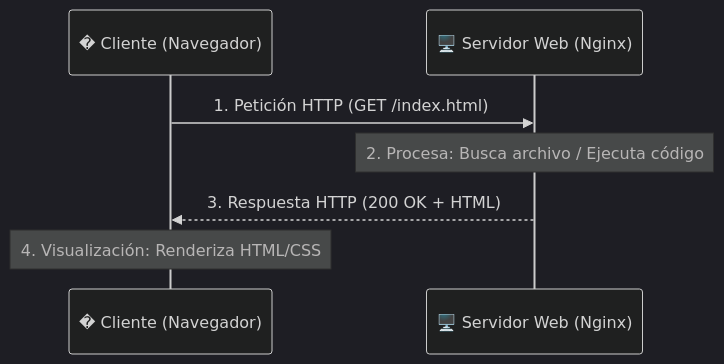
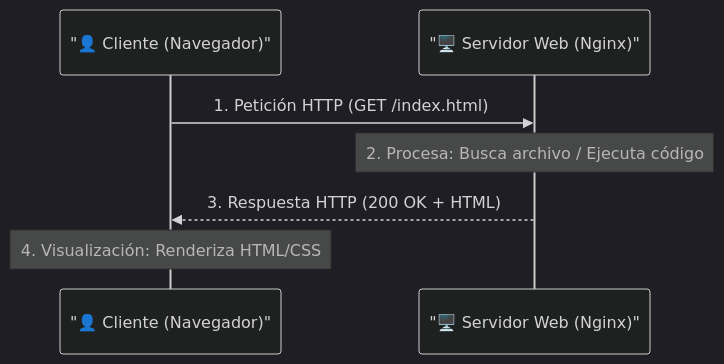
One commit to Pabloceda/Flipped_Classroom changed the first of 5 diagrams in material_aula_invertida/Apuntes_Teoría/01_Fundamentos_Web.md. Above: the diagram before and after it, drawn with Mermaid (dark theme). The commit also changed other lines of this file and 2 other files, not shown here.

Commit message:
arreglo mermaid

````diff
--- a/material_aula_invertida/Apuntes_Teoría/01_Fundamentos_Web.md
+++ b/material_aula_invertida/Apuntes_Teoría/01_Fundamentos_Web.md
@@ -27,10 +27,10 @@
 ```mermaid
 sequenceDiagram
-    participant C as � Cliente (Navegador)
-    participant S as 🖥️ Servidor Web (Nginx)
+    participant C as "👤 Cliente (Navegador)"
+    participant S as "🖥️ Servidor Web (Nginx)"
     
     C->>S: 1. Petición HTTP (GET /index.html)
     Note over S: 2. Procesa: Busca archivo / Ejecuta código
     S-->>C: 3. Respuesta HTTP (200 OK + HTML)
     Note over C: 4. Visualización: Renderiza HTML/CSS
 ```
````
